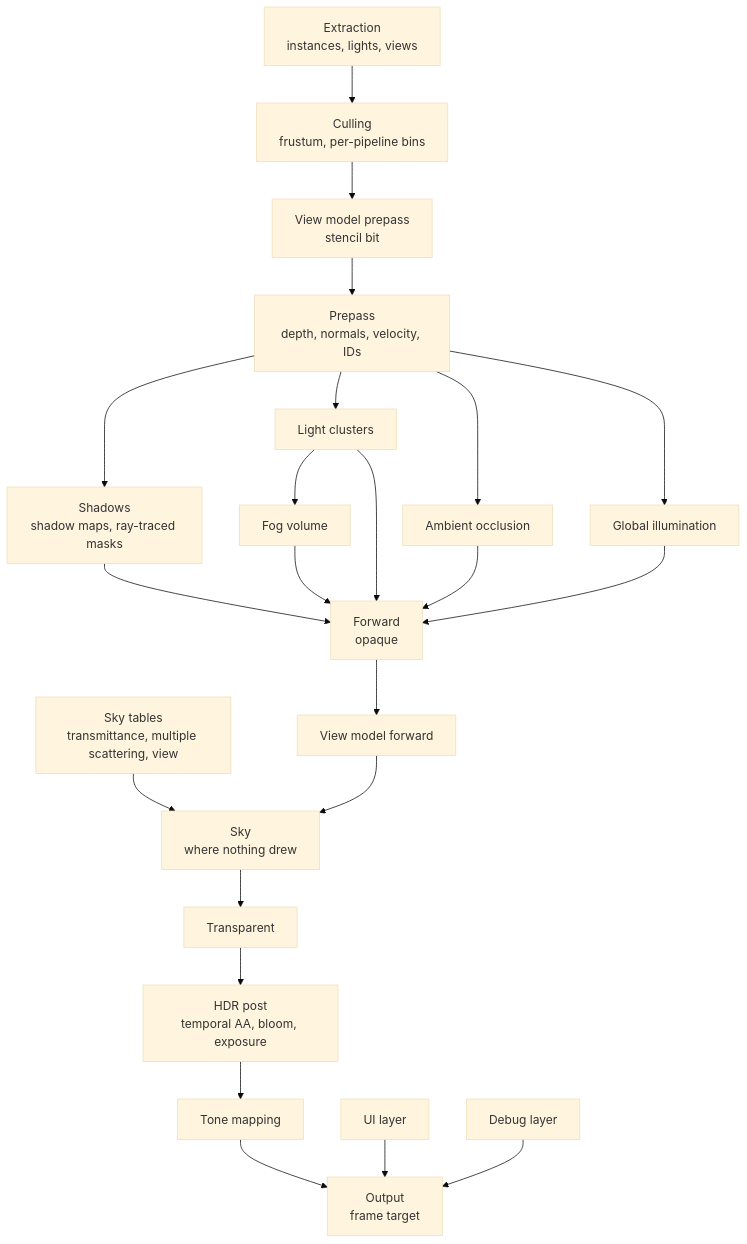
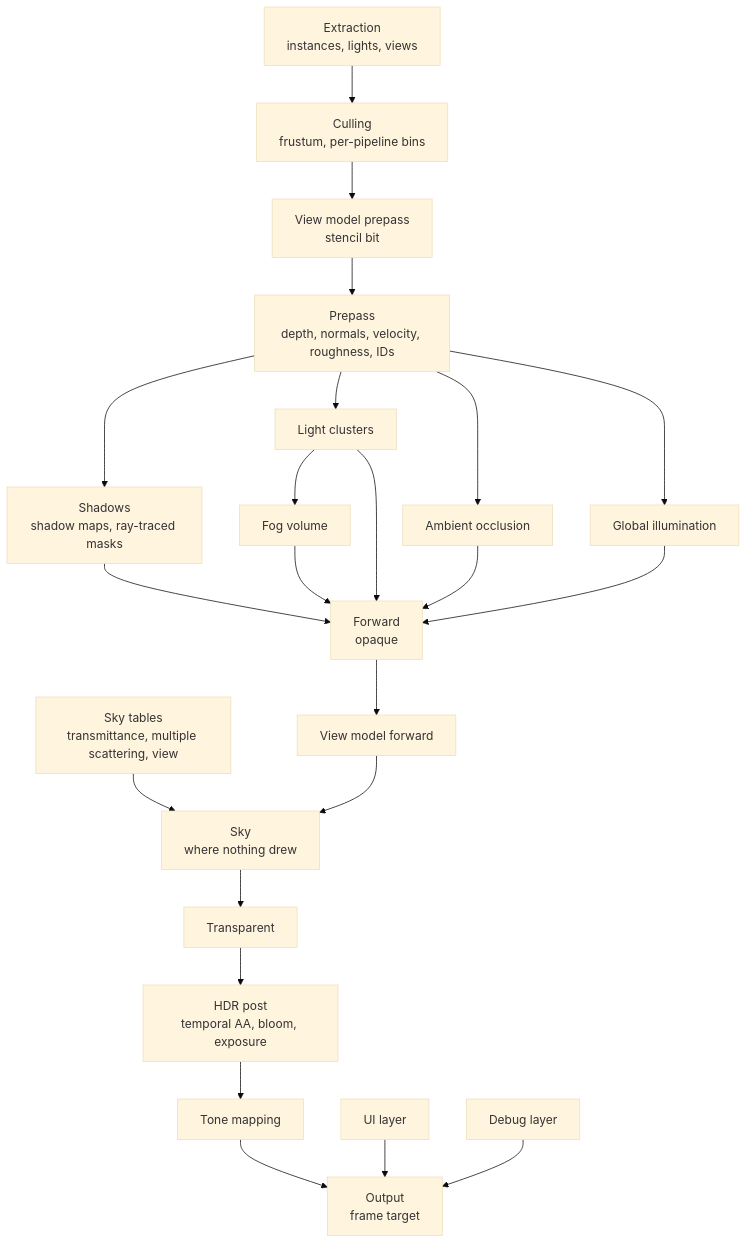
The diagram in docs/rendering/frame.md (aszecsei/cinnabar), drawn with Mermaid (base theme) before and after one commit. The commit also changed other lines of this file and 34 other files, not shown here.

````diff
--- a/docs/rendering/frame.md
+++ b/docs/rendering/frame.md
@@ -5,31 +5,31 @@
 ```mermaid
 flowchart TB
     EXTRACT["Extraction<br/>instances, lights, views"]
     CULL["Culling<br/>frustum, per-pipeline bins"]
-    PRE["Prepass<br/>depth, normals, velocity, IDs"]
+    PRE["Prepass<br/>depth, normals, velocity, roughness, IDs"]
     VMPRE["View model prepass<br/>stencil bit"]
     SHADOW["Shadows<br/>shadow maps, ray-traced masks"]
     CLUSTER["Light clusters"]
     AO["Ambient occlusion"]
     GI["Global illumination"]
     FOG["Fog volume"]
     SKYLUT["Sky tables<br/>transmittance, multiple scattering, view"]
     SKY["Sky<br/>where nothing drew"]
     FWD["Forward<br/>opaque"]
     VMFWD["View model forward"]
     TRANS["Transparent"]
     POST["HDR post<br/>temporal AA, bloom, exposure"]
     TONE["Tone mapping"]
     UI["UI layer"]
     DEBUG["Debug layer"]
     OUT["Output<br/>frame target"]
 
     EXTRACT --> CULL --> VMPRE --> PRE
     PRE --> SHADOW & CLUSTER & AO & GI
     CLUSTER --> FOG
     SHADOW & CLUSTER & AO & GI & FOG --> FWD
     SKYLUT --> SKY
     FWD --> VMFWD --> SKY --> TRANS --> POST --> TONE --> OUT
     UI --> OUT
     DEBUG --> OUT
 ```
````
